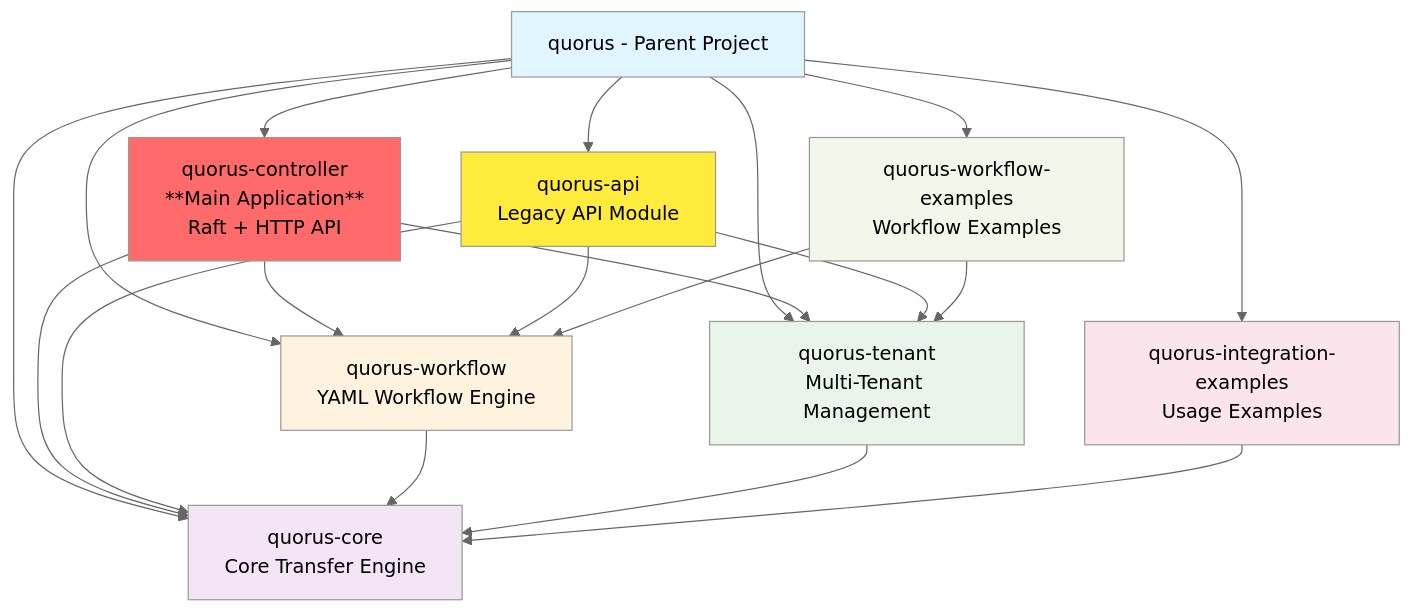
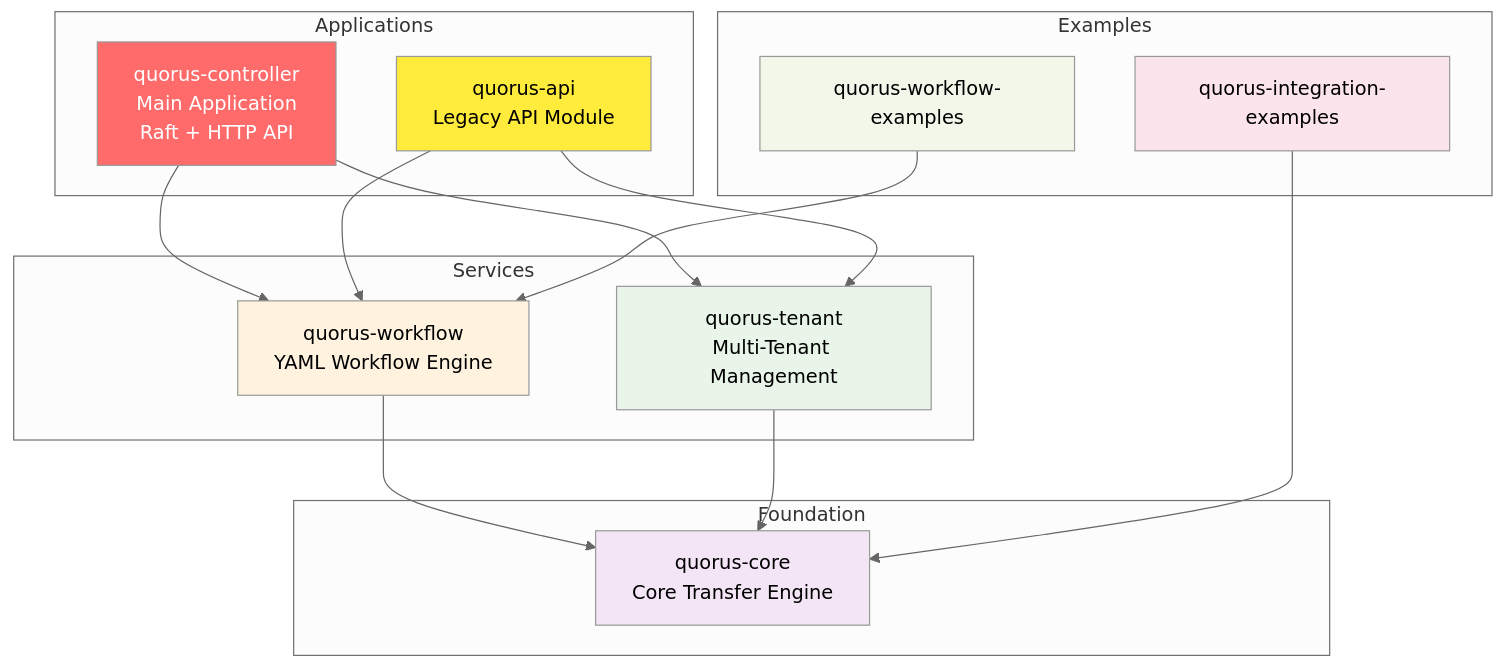
One commit to mraysmit/quorus changed the second of 23 diagrams in docs/QUORUS_SYSTEM_DESIGN.md. Above: the diagram before and after it, drawn with Mermaid (neutral theme). The commit also changed other lines of this file and 4 other files, not shown here.

````diff
--- a/docs/QUORUS_SYSTEM_DESIGN.md
+++ b/docs/QUORUS_SYSTEM_DESIGN.md
@@ -143,33 +167,38 @@
 ```mermaid
-graph TD
-    QP[quorus - Parent Project]
-
-    QP --> QCT[quorus-controller<br/>**Main Application**<br/>Raft + HTTP API]
-    QP --> QC[quorus-core<br/>Core Transfer Engine]
-    QP --> QT[quorus-tenant<br/>Multi-Tenant Management]
-    QP --> QW[quorus-workflow<br/>YAML Workflow Engine]
-    QP --> QA[quorus-api<br/>Legacy API Module]
-    QP --> QIE[quorus-integration-examples<br/>Usage Examples]
-    QP --> QWE[quorus-workflow-examples<br/>Workflow Examples]
-
-    QCT --> QC
+graph TB
+    subgraph "Applications"
+        QCT[quorus-controller<br/>Main Application<br/>Raft + HTTP API]
+        QA[quorus-api<br/>Legacy API Module]
+    end
+    
+    subgraph "Services"
+        QW[quorus-workflow<br/>YAML Workflow Engine]
+        QT[quorus-tenant<br/>Multi-Tenant Management]
+    end
+    
+    subgraph "Foundation"
+        QC[quorus-core<br/>Core Transfer Engine]
+    end
+    
+    subgraph "Examples"
+        QIE[quorus-integration-examples]
+        QWE[quorus-workflow-examples]
+    end
+    
+    QCT --> QW
     QCT --> QT
-    QCT --> QW
-    QA --> QC
+    QA --> QW
     QA --> QT
-    QA --> QW
     QW --> QC
     QT --> QC
     QIE --> QC
     QWE --> QW
-    QWE --> QT
 
-    style QP fill:#e1f5fe
-    style QCT fill:#ff6b6b
+    style QCT fill:#ff6b6b,color:#fff
+    style QA fill:#ffeb3b
+    style QW fill:#fff3e0
+    style QT fill:#e8f5e8
     style QC fill:#f3e5f5
-    style QT fill:#e8f5e8
-    style QW fill:#fff3e0
-    style QA fill:#ffeb3b
     style QIE fill:#fce4ec
     style QWE fill:#f1f8e9
 ```
````
